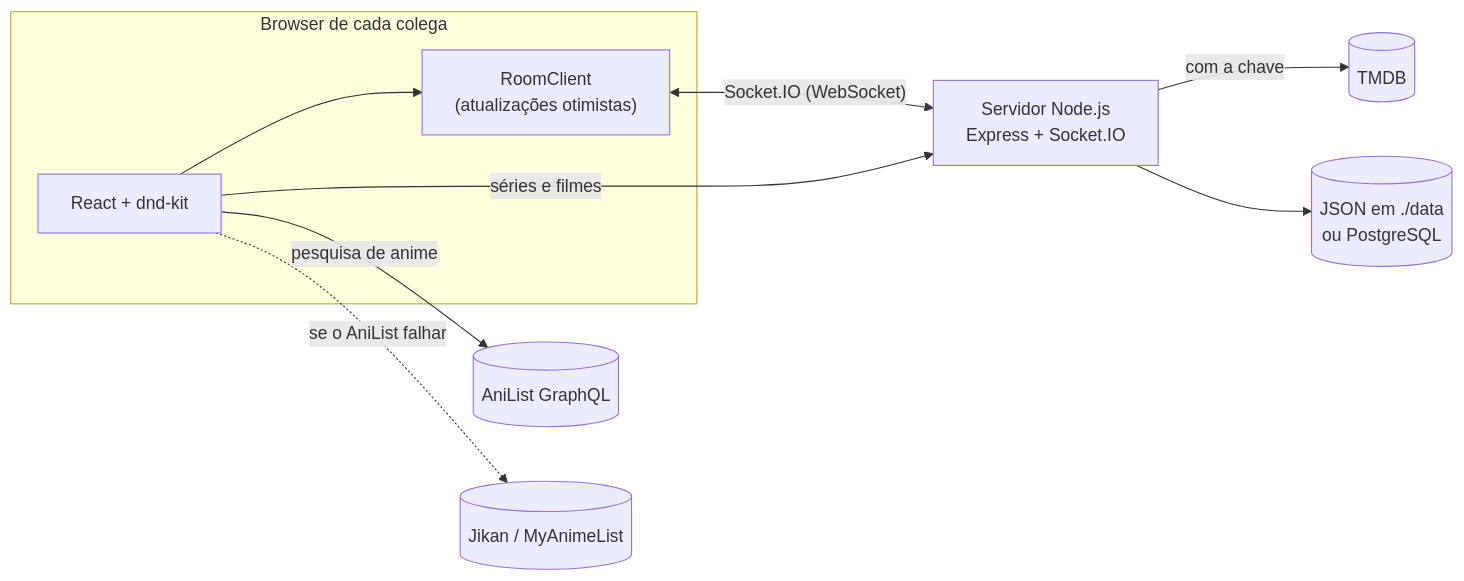
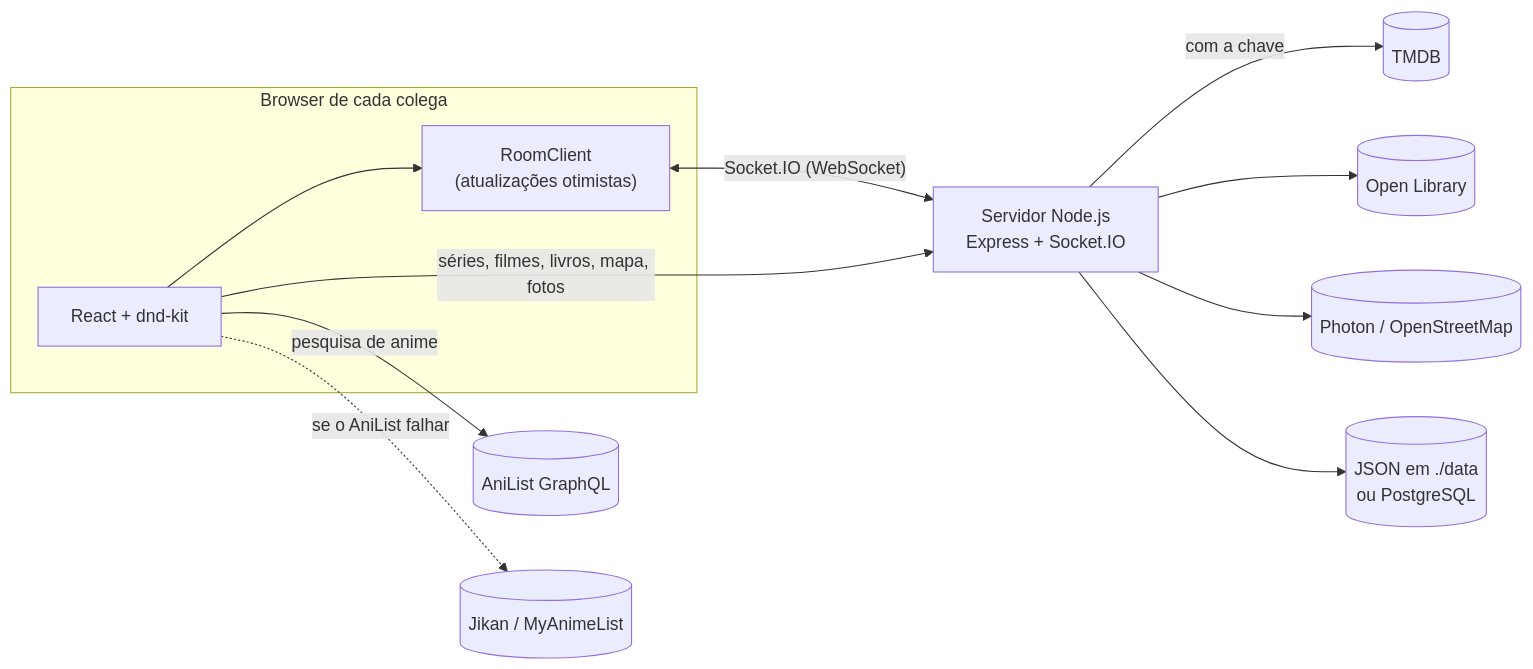
Before and after one commit to goncalosousa-hub/ClaudeRepo: the diagram in README.md, drawn with Mermaid. The commit also changed other lines of this file and 59 other files, not shown here.

````diff
--- a/README.md
+++ b/README.md
@@ -222,12 +231,14 @@
 ```mermaid
 flowchart LR
   subgraph B["Browser de cada colega"]
     UI["React + dnd-kit"] --> RC["RoomClient<br/>(atualizações otimistas)"]
   end
   UI -- "pesquisa de anime" --> AL[("AniList GraphQL")]
   UI -. "se o AniList falhar" .-> JK[("Jikan / MyAnimeList")]
   RC <-- "Socket.IO (WebSocket)" --> S["Servidor Node.js<br/>Express + Socket.IO"]
-  UI -- "séries e filmes" --> S
+  UI -- "séries, filmes, livros, mapa, fotos" --> S
   S -- "com a chave" --> TM[("TMDB")]
+  S --> OL[("Open Library")]
+  S --> PH[("Photon / OpenStreetMap")]
   S --> DB[("JSON em ./data<br/>ou PostgreSQL")]
 ```
````
